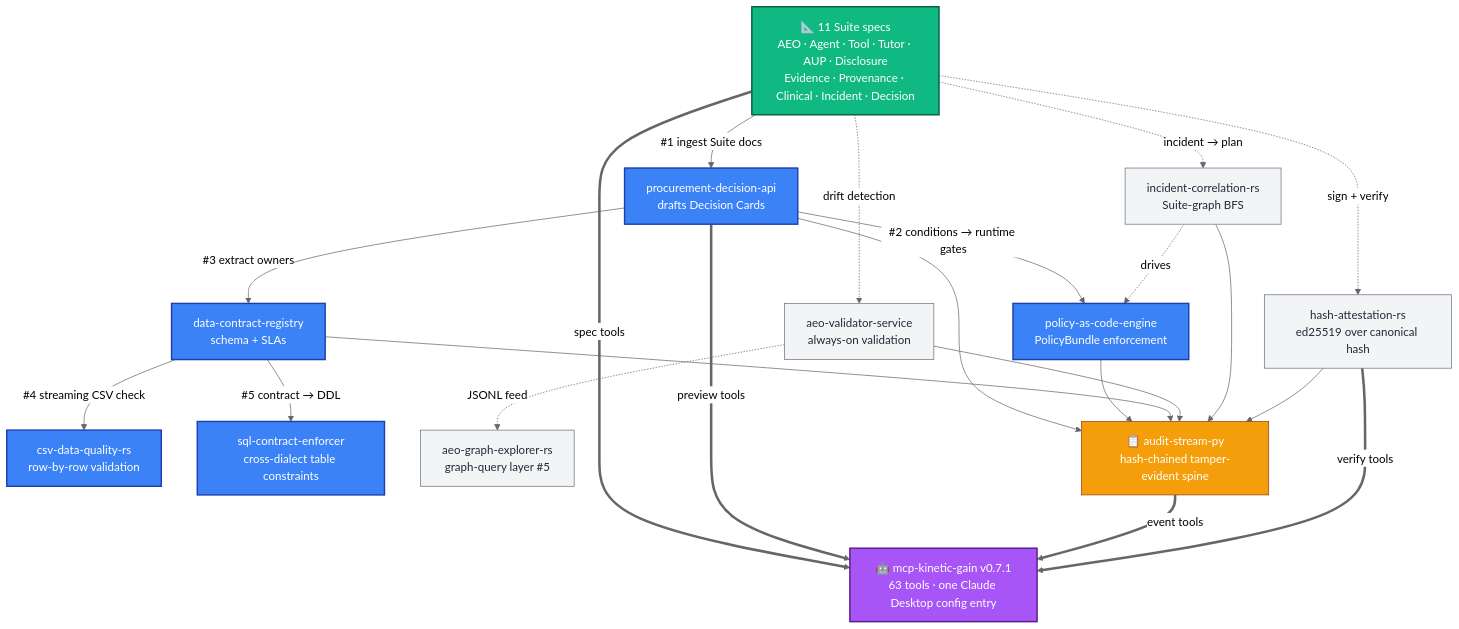
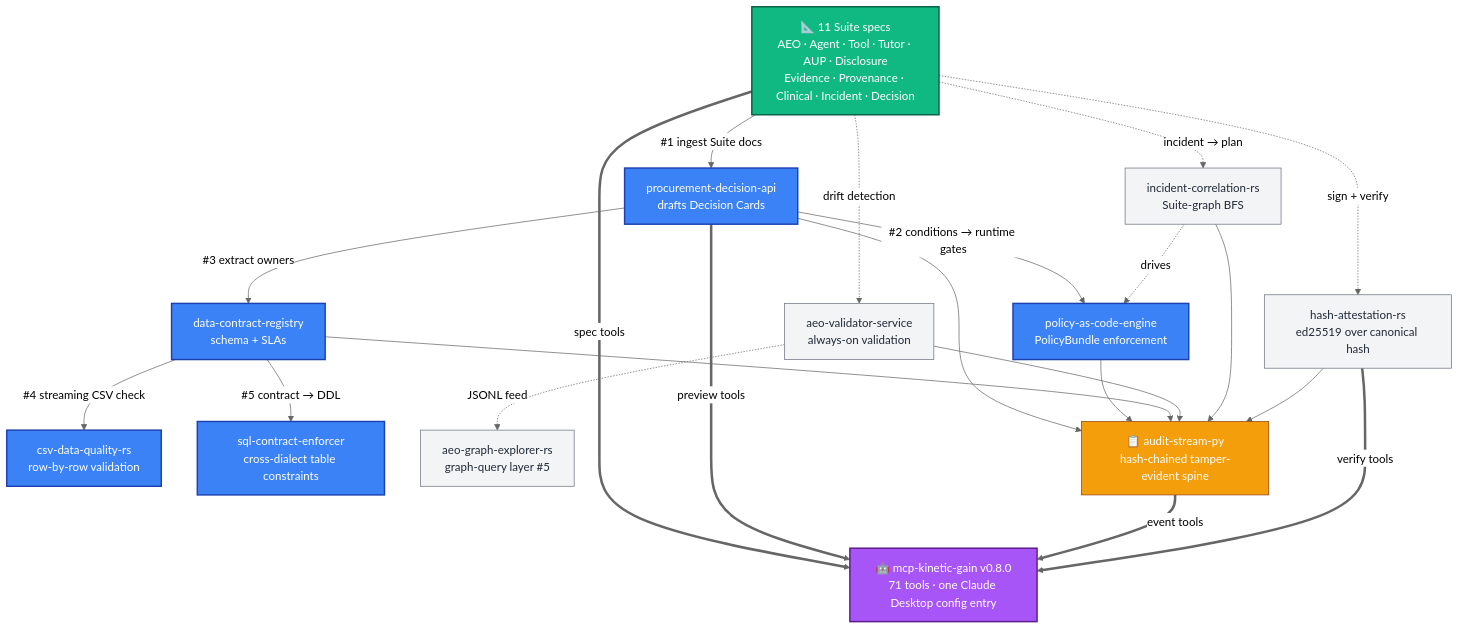
One commit to mizcausevic-dev/kinetic-gain-protocol-suite changed the first of 2 diagrams in README.md. Above: the diagram before and after it, drawn with Mermaid (neutral theme). The commit also changed other lines of this file, not shown here.

First line of the commit message:
docs: refresh MCP block to v0.8.0 / 71 tools (DefenseTech 6-pack)

````diff
--- a/README.md
+++ b/README.md
@@ -121,36 +121,36 @@
 ```mermaid
 flowchart TB
     classDef spec fill:#10b981,stroke:#065f46,color:#fff,stroke-width:2px
     classDef hook fill:#3b82f6,stroke:#1e40af,color:#fff,stroke-width:2px
     classDef sup fill:#f3f4f6,stroke:#6b7280,color:#1f2937
     classDef stream fill:#f59e0b,stroke:#92400e,color:#fff
     classDef mcp fill:#a855f7,stroke:#581c87,color:#fff,stroke-width:2px
 
     SPECS["📐 11 Suite specs<br/>AEO · Agent · Tool · Tutor · AUP · Disclosure<br/>Evidence · Provenance · Clinical · Incident · Decision"]:::spec
 
     SPECS -->|"#1 ingest Suite docs"| PDA["procurement-decision-api<br/>drafts Decision Cards"]:::hook
     PDA -->|"#2 conditions → runtime gates"| PAC["policy-as-code-engine<br/>PolicyBundle enforcement"]:::hook
     PDA -->|"#3 extract owners"| DCR["data-contract-registry<br/>schema + SLAs"]:::hook
     DCR -->|"#4 streaming CSV check"| CDQ["csv-data-quality-rs<br/>row-by-row validation"]:::hook
     DCR -->|"#5 contract → DDL"| SCE["sql-contract-enforcer<br/>cross-dialect table constraints"]:::hook
 
     SPECS -.->|sign + verify| HA["hash-attestation-rs<br/>ed25519 over canonical hash"]:::sup
     SPECS -.->|drift detection| AVS["aeo-validator-service<br/>always-on validation"]:::sup
     AVS -.->|JSONL feed| AGE["aeo-graph-explorer-rs<br/>graph-query layer #5"]:::sup
     SPECS -.->|incident → plan| ICR["incident-correlation-rs<br/>Suite-graph BFS"]:::sup
     ICR -.->|drives| PAC
 
     PDA --> AS
     PAC --> AS
     DCR --> AS
     AVS --> AS
     ICR --> AS
     HA --> AS
     AS["📋 audit-stream-py<br/>hash-chained tamper-evident spine"]:::stream
 
     SPECS ==>|spec tools| MCP
     PDA ==>|preview tools| MCP
     AS ==>|event tools| MCP
     HA ==>|verify tools| MCP
-    MCP["🤖 mcp-kinetic-gain v0.7.1<br/>63 tools · one Claude Desktop config entry"]:::mcp
+    MCP["🤖 mcp-kinetic-gain v0.8.0<br/>71 tools · one Claude Desktop config entry"]:::mcp
 ```
````
